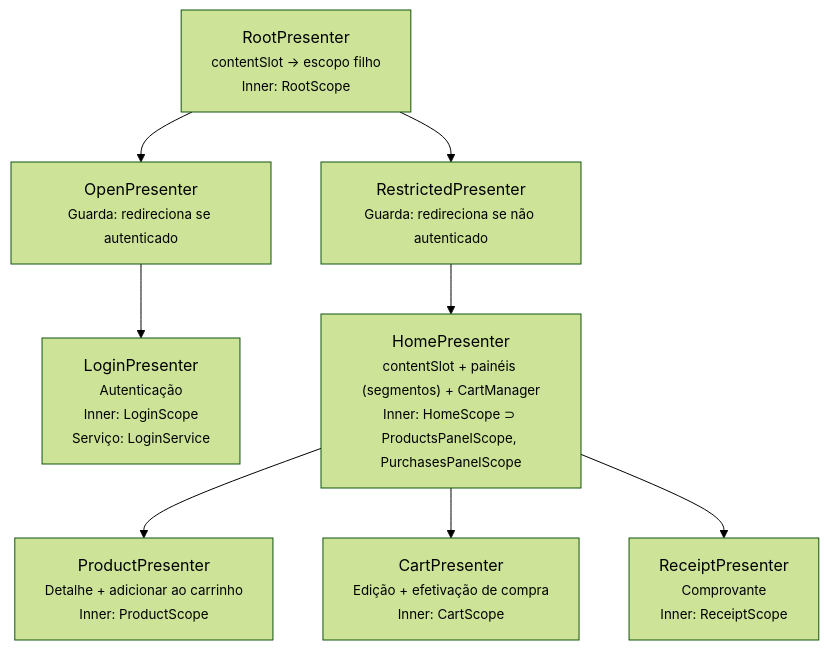
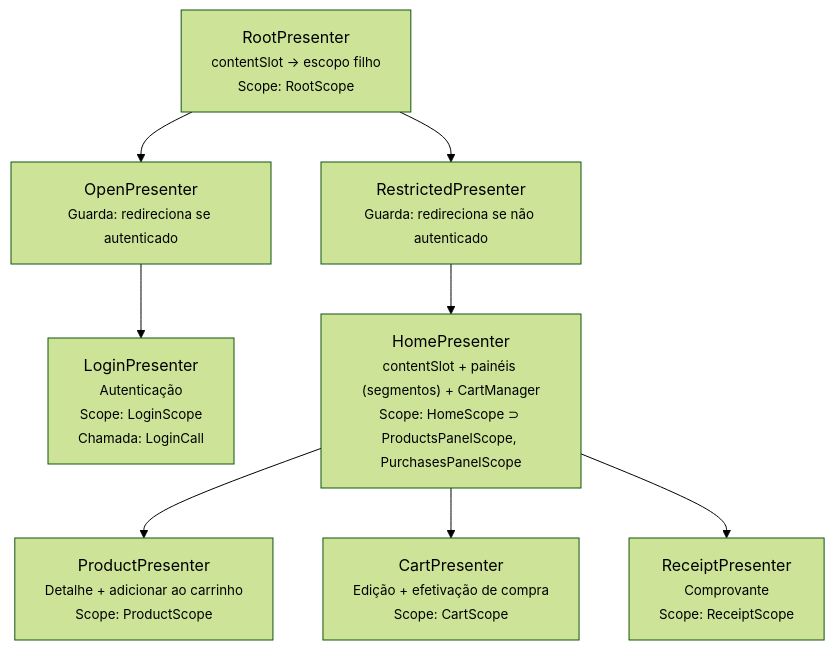
One commit to mrcdom/wdc-cube-java-v2 changed the third of 4 diagrams in fontes/br.com.wdc.shopping/br.com.wdc.shopping.presentation/README.md. Above: the diagram before and after it, drawn with Mermaid (forest theme). The commit also changed other lines of this file and 19 other files, not shown here.

````diff
--- a/fontes/br.com.wdc.shopping/br.com.wdc.shopping.presentation/README.md
+++ b/fontes/br.com.wdc.shopping/br.com.wdc.shopping.presentation/README.md
@@ -101,15 +100,15 @@
 ```mermaid
 graph TD
-    RootP["RootPresenter<br/><small>contentSlot → escopo filho<br/>Inner: RootScope</small>"]
+    RootP["RootPresenter<br/><small>contentSlot → escopo filho<br/>Scope: RootScope</small>"]
 
     RootP --> OpenP["OpenPresenter<br/><small>Guarda: redireciona se autenticado</small>"]
     RootP --> RestrictedP["RestrictedPresenter<br/><small>Guarda: redireciona se não autenticado</small>"]
 
-    OpenP --> LoginP["LoginPresenter<br/><small>Autenticação<br/>Inner: LoginScope<br/>Serviço: LoginService</small>"]
+    OpenP --> LoginP["LoginPresenter<br/><small>Autenticação<br/>Scope: LoginScope<br/>Chamada: LoginCall</small>"]
 
-    RestrictedP --> HomeP["HomePresenter<br/><small>contentSlot + painéis (segmentos) + CartManager<br/>Inner: HomeScope ⊃ ProductsPanelScope, PurchasesPanelScope</small>"]
+    RestrictedP --> HomeP["HomePresenter<br/><small>contentSlot + painéis (segmentos) + CartManager<br/>Scope: HomeScope ⊃ ProductsPanelScope, PurchasesPanelScope</small>"]
 
-    HomeP --> ProductP["ProductPresenter<br/><small>Detalhe + adicionar ao carrinho<br/>Inner: ProductScope</small>"]
-    HomeP --> CartP["CartPresenter<br/><small>Edição + efetivação de compra<br/>Inner: CartScope</small>"]
-    HomeP --> ReceiptP["ReceiptPresenter<br/><small>Comprovante<br/>Inner: ReceiptScope</small>"]
+    HomeP --> ProductP["ProductPresenter<br/><small>Detalhe + adicionar ao carrinho<br/>Scope: ProductScope</small>"]
+    HomeP --> CartP["CartPresenter<br/><small>Edição + efetivação de compra<br/>Scope: CartScope</small>"]
+    HomeP --> ReceiptP["ReceiptPresenter<br/><small>Comprovante<br/>Scope: ReceiptScope</small>"]
 ```
````
